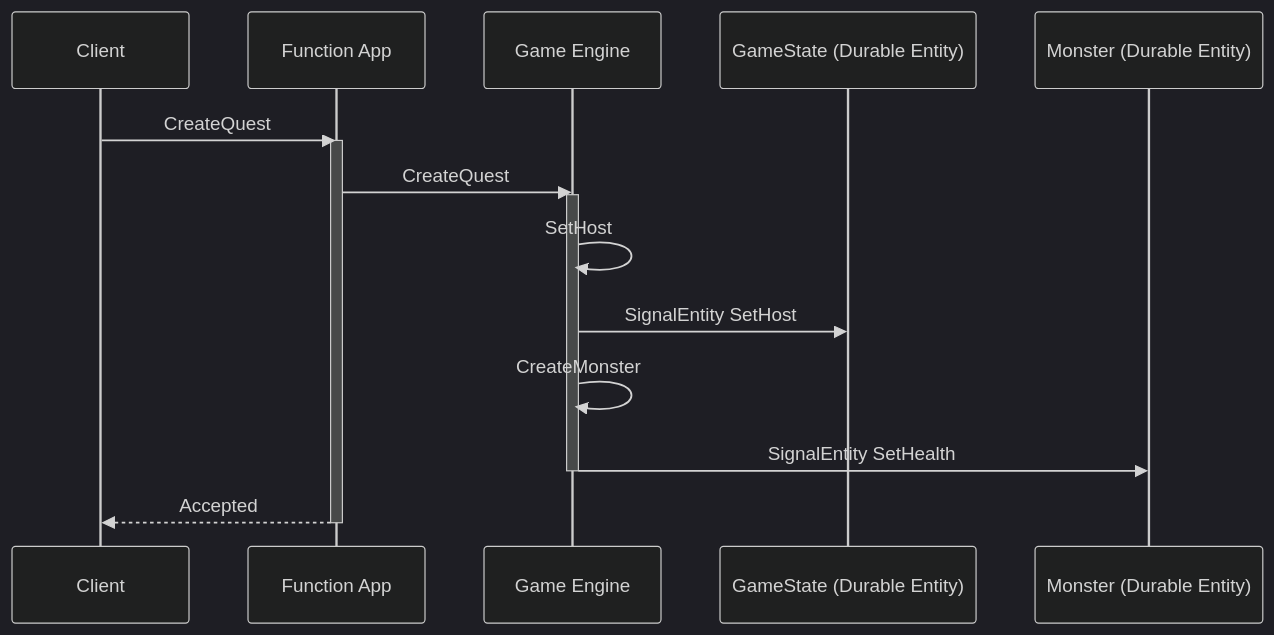
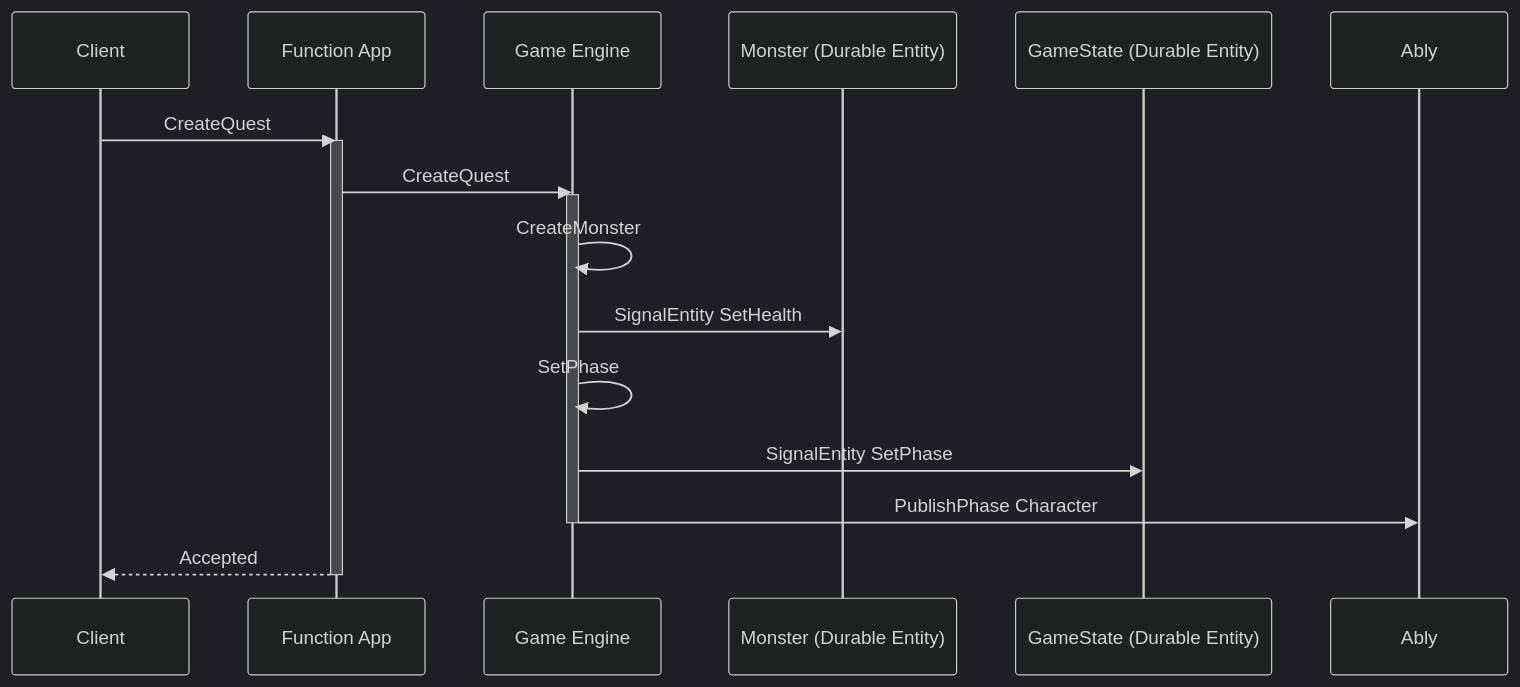
Before and after one commit to ably-labs/serverless-websockets-quest: the diagram in docs/CreateQuest.mmd, drawn with Mermaid (dark theme). The commit also changed 32 other files, not shown here.

```diff
--- a/docs/CreateQuest.mmd
+++ b/docs/CreateQuest.mmd
@@ -1,12 +1,13 @@
 sequenceDiagram
   Client ->> Function App: CreateQuest
   activate Function App
   Function App ->> Game Engine: CreateQuest
   activate Game Engine
-  Game Engine ->> Game Engine: SetHost
-  Game Engine ->> GameState (Durable Entity): SignalEntity SetHost
   Game Engine ->> Game Engine: CreateMonster
   Game Engine ->> Monster (Durable Entity): SignalEntity SetHealth
+  Game Engine ->> Game Engine: SetPhase
+  Game Engine ->> GameState (Durable Entity): SignalEntity SetPhase
+  Game Engine ->> Ably: PublishPhase Character
   deactivate Game Engine
   Function App -->> Client: Accepted
   deactivate Function App
```
